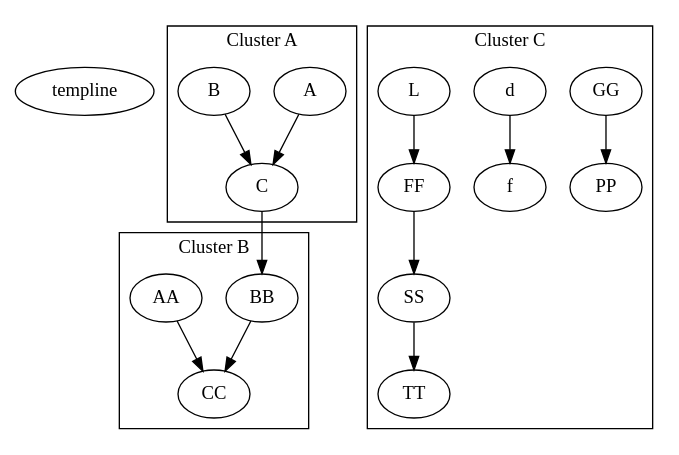
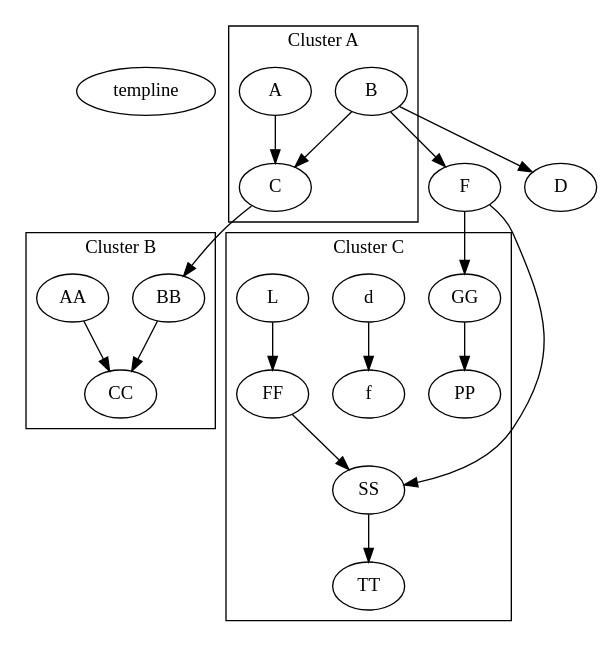
The diagram in src/main/resources/eg/cluster_optimize.dot (jamisonjiang/graph-support-dot-demo), drawn with Graphviz before and after one commit. The commit also changed 5 other files, not shown here.

```diff
--- a/src/main/resources/eg/cluster_optimize.dot
+++ b/src/main/resources/eg/cluster_optimize.dot
@@ -1,22 +1,27 @@
 digraph G {
     templine[dir=back]
     C->BB
+    B->F
+    F->GG
+    F->SS
+    B->D
     subgraph cluster_A {
         label="Cluster A"
         A->C
         B->C
     }
     subgraph cluster_B {
         label="Cluster B"
         AA->CC
         BB->CC
     }
     subgraph cluster_C {
         label="Cluster C"
         SS->TT
         GG->PP
         d->f
         L->FF
         FF->SS
     }
+
 }
```
